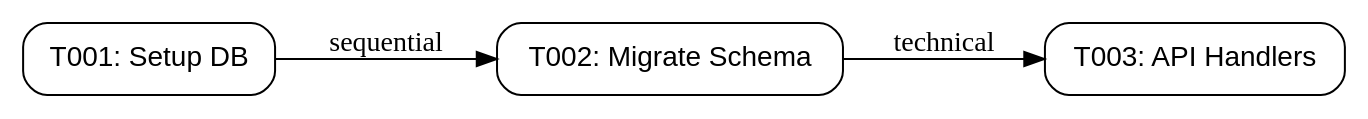
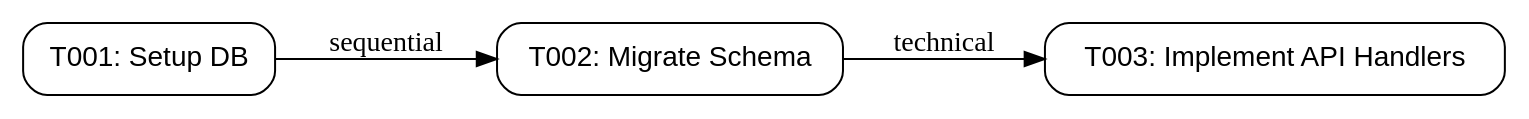
The diagram in planner/plans/runtime.dot (flyingrobots/TASKS), drawn with Graphviz before and after one commit. The commit also changed 16 other files, not shown here.

```diff
--- a/planner/plans/runtime.dot
+++ b/planner/plans/runtime.dot
@@ -1,12 +1,12 @@
 digraph G {
   rankdir=LR;
   splines=true;
   node [shape=box, style="rounded,filled", fillcolor=white, fontname=Helvetica];
 
   T001 [label="T001: Setup DB"];
   T002 [label="T002: Migrate Schema"];
-  T003 [label="T003: API Handlers"];
+  T003 [label="T003: Implement API Handlers"];
 
   T001 -> T002 [label="sequential"];
   T002 -> T003 [label="technical"];
 }
```
